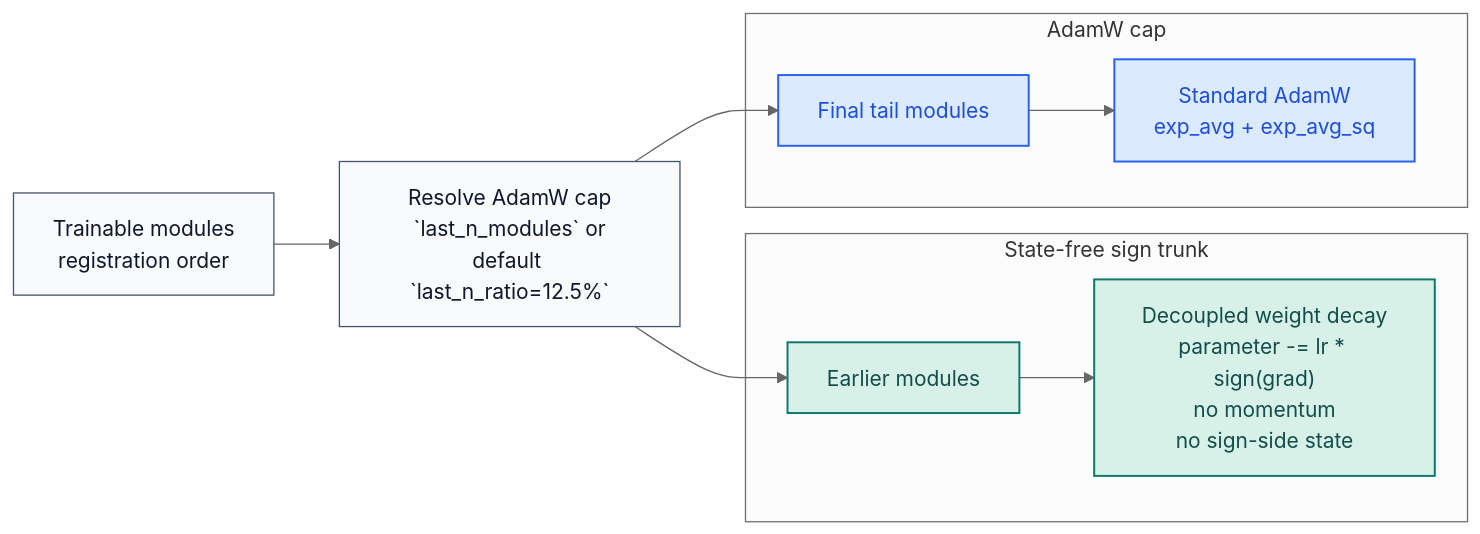
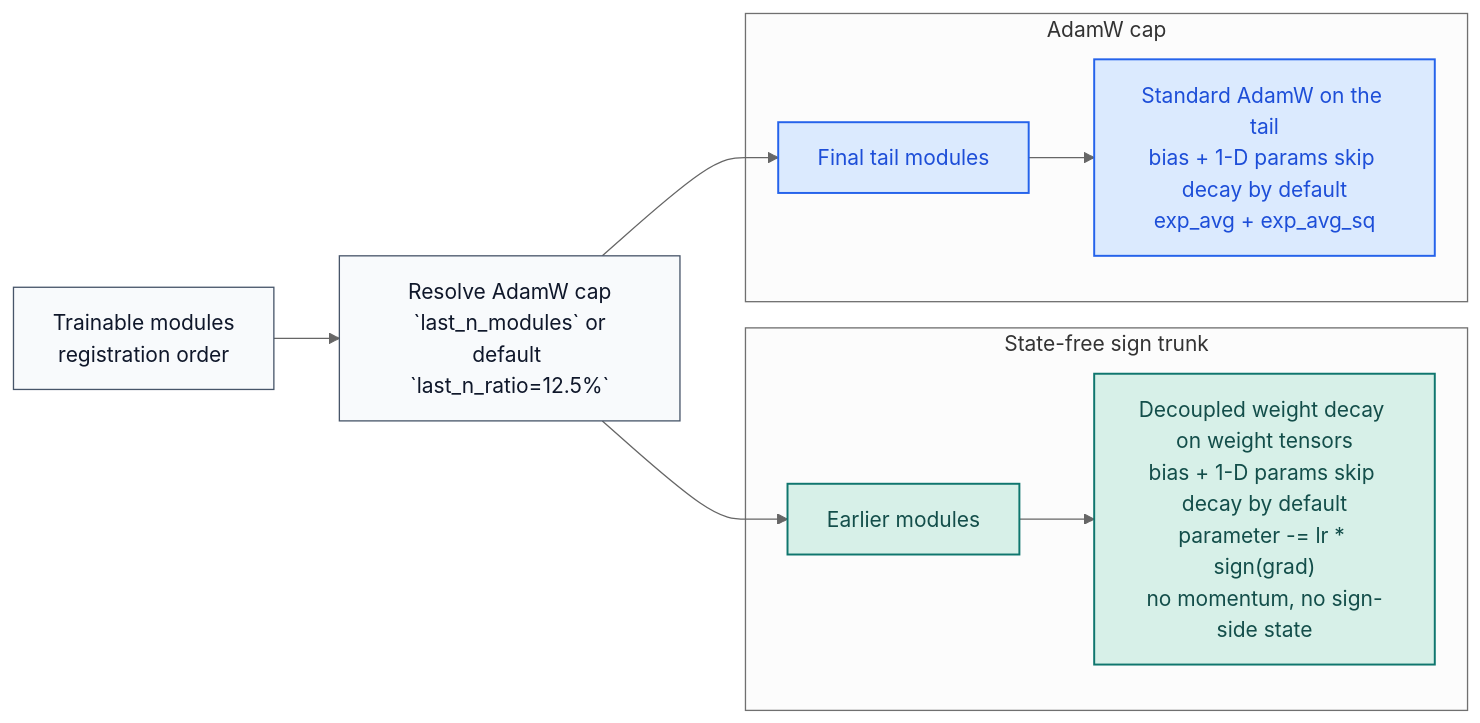
One commit to smturtle2/stac-optimizer changed the diagram in README.md. Above: the diagram before and after it, drawn with Mermaid (neutral theme). The commit also changed other lines of this file and 9 other files, not shown here.

````diff
--- a/README.md
+++ b/README.md
@@ -28,29 +29,29 @@
 ```mermaid
 flowchart LR
     A["Trainable modules<br/>registration order"]
     B["Resolve AdamW cap<br/>`last_n_modules` or<br/>default `last_n_ratio=12.5%`"]
 
     subgraph S["State-free sign trunk"]
         C["Earlier modules"]
-        D["Decoupled weight decay<br/>parameter -= lr * sign(grad)<br/>no momentum<br/>no sign-side state"]
+        D["Decoupled weight decay on weight tensors<br/>bias + 1-D params skip decay by default<br/>parameter -= lr * sign(grad)<br/>no momentum, no sign-side state"]
     end
 
     subgraph T["AdamW cap"]
         E["Final tail modules"]
-        F["Standard AdamW<br/>exp_avg + exp_avg_sq"]
+        F["Standard AdamW on the tail<br/>bias + 1-D params skip decay by default<br/>exp_avg + exp_avg_sq"]
     end
 
     A --> B
     B --> C
     B --> E
     C --> D
     E --> F
 
     classDef neutral fill:#f8fafc,stroke:#475569,color:#0f172a,stroke-width:1px;
     classDef sign fill:#d7f0e8,stroke:#0f766e,color:#134e4a,stroke-width:1.5px;
     classDef adam fill:#dbeafe,stroke:#2563eb,color:#1d4ed8,stroke-width:1.5px;
 
     class A,B neutral;
     class C,D sign;
     class E,F adam;
 ```
````
